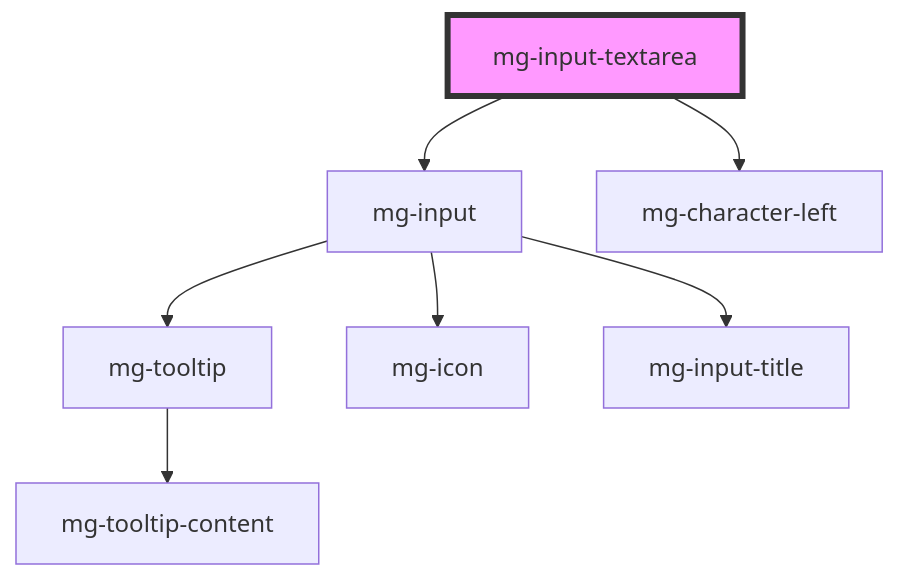
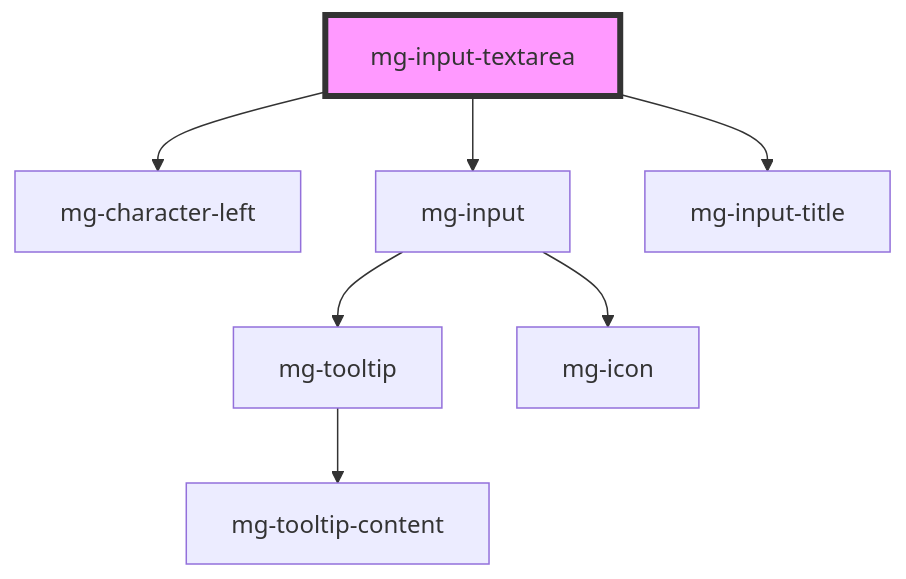
The diagram in packages/mg-components/src/components/molecules/inputs/mg-input-textarea/readme.md (MGDIS/core-ui), drawn with Mermaid before and after one commit. The commit also changed other lines of this file and 50 other files, not shown here.

````diff
--- a/packages/mg-components/src/components/molecules/inputs/mg-input-textarea/readme.md
+++ b/packages/mg-components/src/components/molecules/inputs/mg-input-textarea/readme.md
@@ -103,10 +104,10 @@
 ```mermaid
 graph TD;
+  mg-input-textarea --> mg-character-left
   mg-input-textarea --> mg-input
-  mg-input-textarea --> mg-character-left
+  mg-input-textarea --> mg-input-title
   mg-input --> mg-tooltip
   mg-input --> mg-icon
-  mg-input --> mg-input-title
   mg-tooltip --> mg-tooltip-content
   style mg-input-textarea fill:#f9f,stroke:#333,stroke-width:4px
 ```
````
